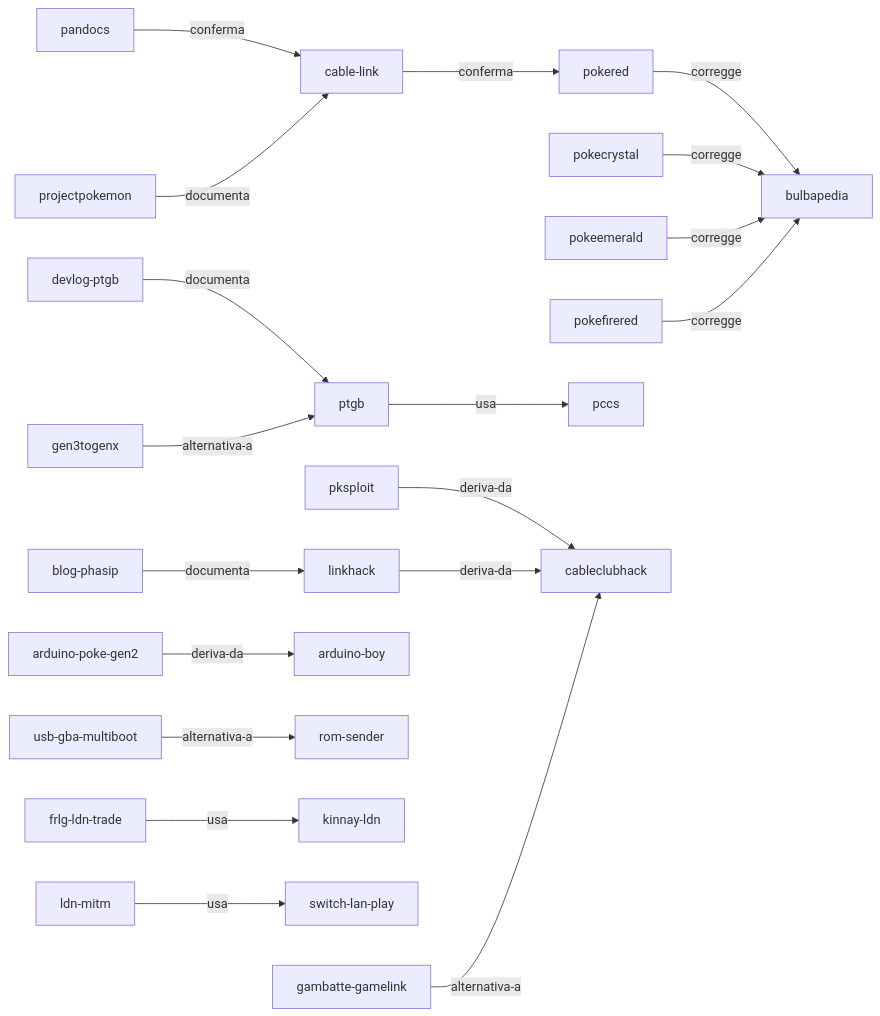
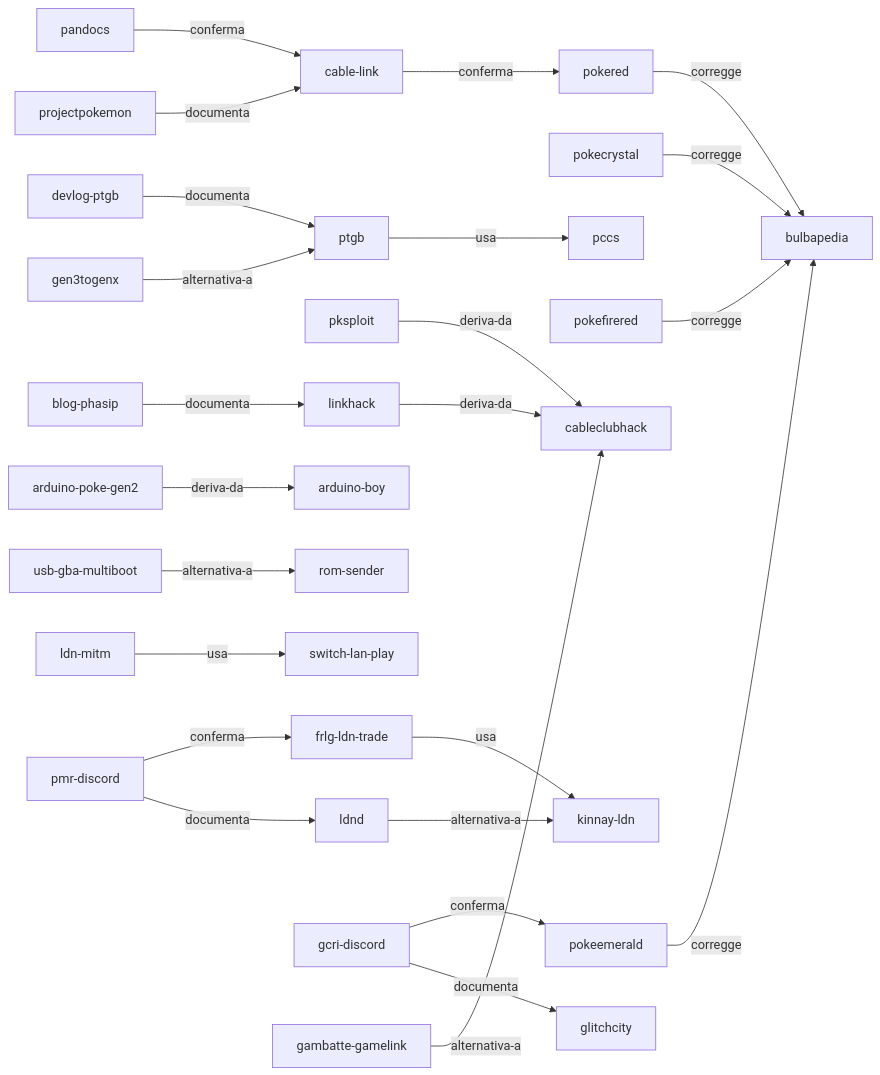
The diagram in docs/fonti/index-fonti.md (alesop95/retrogame-mod-pok-dev), drawn with Mermaid before and after one commit. The commit also changed other lines of this file and 22 other files, not shown here.

````diff
--- a/docs/fonti/index-fonti.md
+++ b/docs/fonti/index-fonti.md
@@ -15,21 +15,26 @@
 ```mermaid
 graph LR
   pokered -- corregge --> bulbapedia
   pokecrystal -- corregge --> bulbapedia
   pokeemerald -- corregge --> bulbapedia
   pokefirered -- corregge --> bulbapedia
   pandocs -- conferma --> cable-link
   devlog-ptgb -- documenta --> ptgb
   ptgb -- usa --> pccs
   gen3togenx -- alternativa-a --> ptgb
   cable-link -- conferma --> pokered
   pksploit -- deriva-da --> cableclubhack
   linkhack -- deriva-da --> cableclubhack
   blog-phasip -- documenta --> linkhack
   arduino-poke-gen2 -- deriva-da --> arduino-boy
   usb-gba-multiboot -- alternativa-a --> rom-sender
   frlg-ldn-trade -- usa --> kinnay-ldn
+  ldnd -- alternativa-a --> kinnay-ldn
+  pmr-discord -- conferma --> frlg-ldn-trade
+  pmr-discord -- documenta --> ldnd
   ldn-mitm -- usa --> switch-lan-play
+  gcri-discord -- conferma --> pokeemerald
+  gcri-discord -- documenta --> glitchcity
   gambatte-gamelink -- alternativa-a --> cableclubhack
   projectpokemon -- documenta --> cable-link
 ```
````
